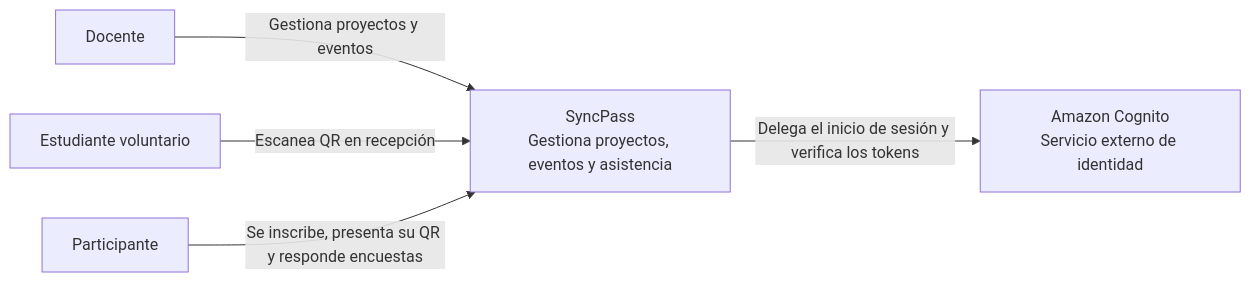
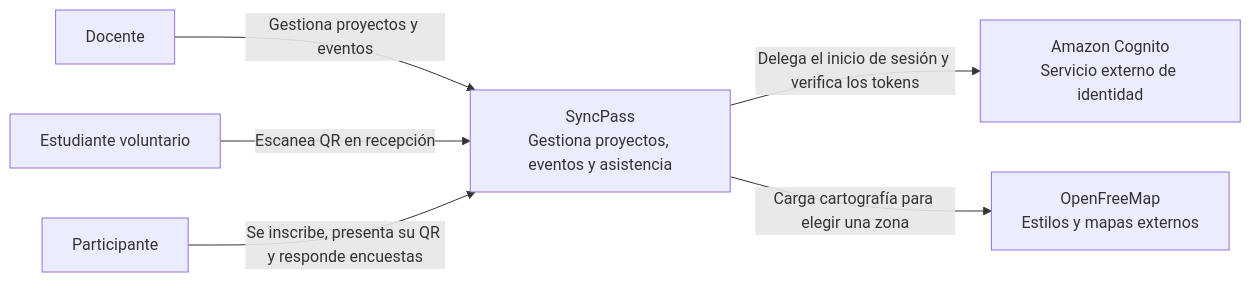
Before and after one commit to issa121212/SyncPass: the first of 3 diagrams in docs/ARQUITECTURA.md, drawn with Mermaid. The commit also changed other lines of this file, not shown here.

Commit message:
docs(arquitectura): actualiza diagramas C4 de la entrega local

````diff
--- a/docs/ARQUITECTURA.md
+++ b/docs/ARQUITECTURA.md
@@ -5,12 +5,14 @@
 ```mermaid
 flowchart LR
     docente["Docente"]
     estudiante["Estudiante voluntario"]
     participante["Participante"]
     syncpass["SyncPass<br/>Gestiona proyectos, eventos y asistencia"]
     cognito["Amazon Cognito<br/>Servicio externo de identidad"]
+    maps["OpenFreeMap<br/>Estilos y mapas externos"]
     docente -->|"Gestiona proyectos y eventos"| syncpass
     estudiante -->|"Escanea QR en recepción"| syncpass
     participante -->|"Se inscribe, presenta su QR y responde encuestas"| syncpass
     syncpass -->|"Delega el inicio de sesión y verifica los tokens"| cognito
+    syncpass -->|"Carga cartografía para elegir una zona"| maps
 ```
````
